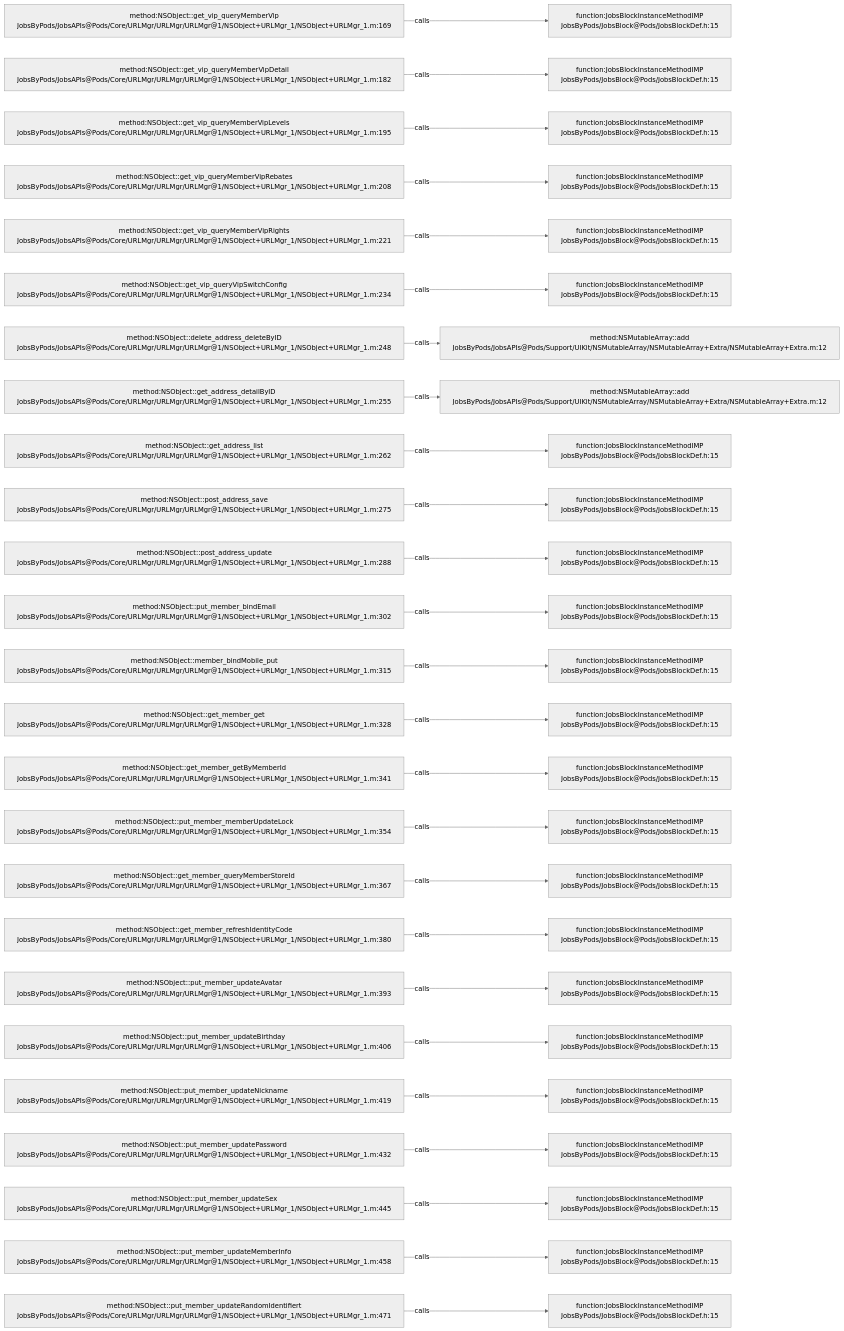
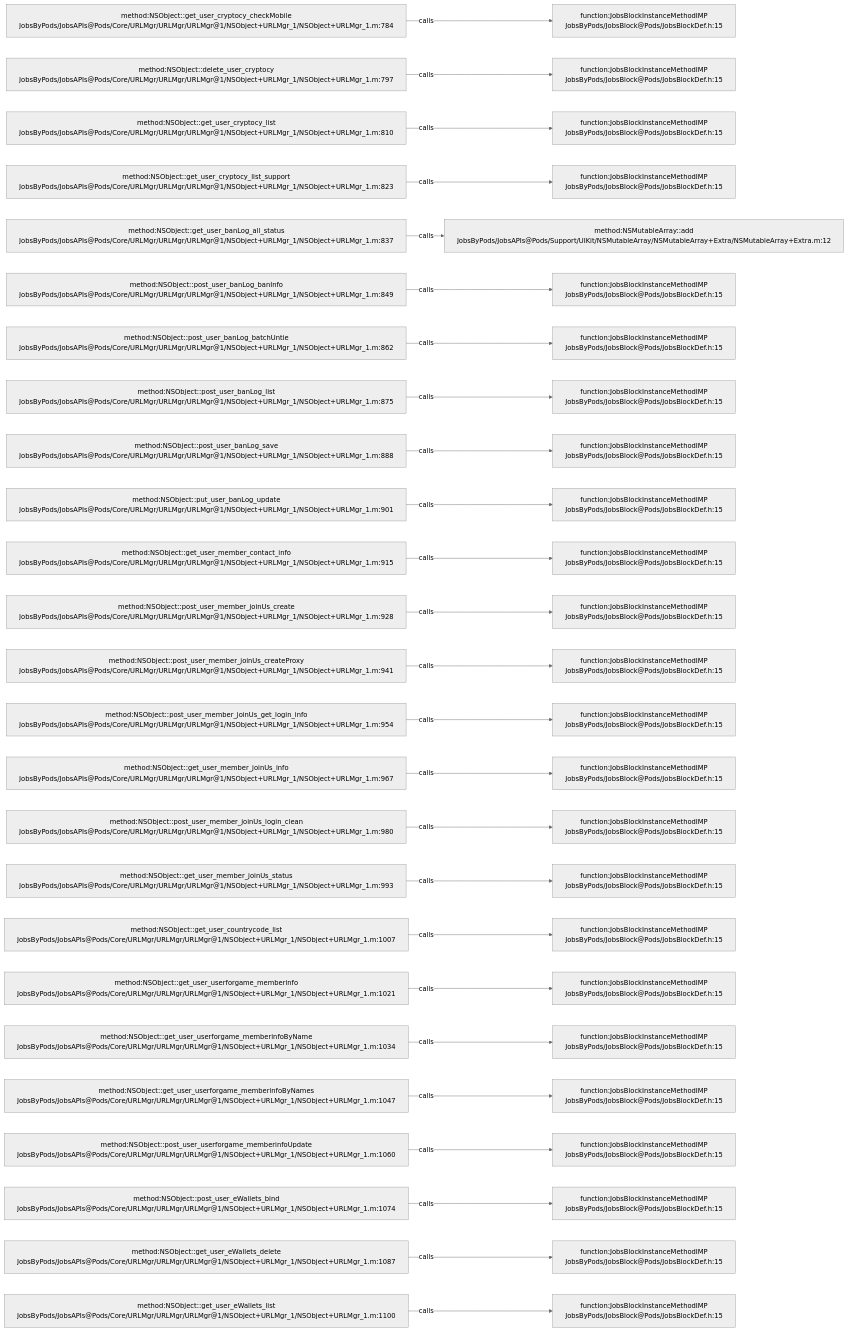
The diagram in .codegraph/codegraph.md/graphs/calls-054.md (JobsKits/JobsOCBaseConfigDemo), drawn with Mermaid (neutral theme) before and after one commit. The commit also changed 223 other files, not shown here.

````diff
--- a/.codegraph/codegraph.md/graphs/calls-054.md
+++ b/.codegraph/codegraph.md/graphs/calls-054.md
@@ -13,78 +13,78 @@
 ```mermaid
 flowchart LR
-  S1["method:NSObject::get_vip_queryMemberVip<br/>JobsByPods/JobsAPIs@Pods/Core/URLMgr/URLMgr/URLMgr@1/NSObject+URLMgr_1/NSObject+URLMgr_1.m:169"]
+  S1["method:NSObject::get_user_cryptocy_checkMobile<br/>JobsByPods/JobsAPIs@Pods/Core/URLMgr/URLMgr/URLMgr@1/NSObject+URLMgr_1/NSObject+URLMgr_1.m:784"]
   T1["function:JobsBlockInstanceMethodIMP<br/>JobsByPods/JobsBlock@Pods/JobsBlockDef.h:15"]
   S1 -->|calls| T1
-  S2["method:NSObject::get_vip_queryMemberVipDetail<br/>JobsByPods/JobsAPIs@Pods/Core/URLMgr/URLMgr/URLMgr@1/NSObject+URLMgr_1/NSObject+URLMgr_1.m:182"]
+  S2["method:NSObject::delete_user_cryptocy<br/>JobsByPods/JobsAPIs@Pods/Core/URLMgr/URLMgr/URLMgr@1/NSObject+URLMgr_1/NSObject+URLMgr_1.m:797"]
   T2["function:JobsBlockInstanceMethodIMP<br/>JobsByPods/JobsBlock@Pods/JobsBlockDef.h:15"]
   S2 -->|calls| T2
-  S3["method:NSObject::get_vip_queryMemberVipLevels<br/>JobsByPods/JobsAPIs@Pods/Core/URLMgr/URLMgr/URLMgr@1/NSObject+URLMgr_1/NSObject+URLMgr_1.m:195"]
+  S3["method:NSObject::get_user_cryptocy_list<br/>JobsByPods/JobsAPIs@Pods/Core/URLMgr/URLMgr/URLMgr@1/NSObject+URLMgr_1/NSObject+URLMgr_1.m:810"]
   T3["function:JobsBlockInstanceMethodIMP<br/>JobsByPods/JobsBlock@Pods/JobsBlockDef.h:15"]
   S3 -->|calls| T3
-  S4["method:NSObject::get_vip_queryMemberVipRebates<br/>JobsByPods/JobsAPIs@Pods/Core/URLMgr/URLMgr/URLMgr@1/NSObject+URLMgr_1/NSObject+URLMgr_1.m:208"]
+  S4["method:NSObject::get_user_cryptocy_list_support<br/>JobsByPods/JobsAPIs@Pods/Core/URLMgr/URLMgr/URLMgr@1/NSObject+URLMgr_1/NSObject+URLMgr_1.m:823"]
   T4["function:JobsBlockInstanceMethodIMP<br/>JobsByPods/JobsBlock@Pods/JobsBlockDef.h:15"]
   S4 -->|calls| T4
-  S5["method:NSObject::get_vip_queryMemberVipRights<br/>JobsByPods/JobsAPIs@Pods/Core/URLMgr/URLMgr/URLMgr@1/NSObject+URLMgr_1/NSObject+URLMgr_1.m:221"]
-  T5["function:JobsBlockInstanceMethodIMP<br/>JobsByPods/JobsBlock@Pods/JobsBlockDef.h:15"]
+  S5["method:NSObject::get_user_banLog_all_status<br/>JobsByPods/JobsAPIs@Pods/Core/URLMgr/URLMgr/URLMgr@1/NSObject+URLMgr_1/NSObject+URLMgr_1.m:837"]
+  T5["method:NSMutableArray::add<br/>JobsByPods/JobsAPIs@Pods/Support/UIKit/NSMutableArray/NSMutableArray+Extra/NSMutableArray+Extra.m:12"]
   S5 -->|calls| T5
-  S6["method:NSObject::get_vip_queryVipSwitchConfig<br/>JobsByPods/JobsAPIs@Pods/Core/URLMgr/URLMgr/URLMgr@1/NSObject+URLMgr_1/NSObject+URLMgr_1.m:234"]
+  S6["method:NSObject::post_user_banLog_banInfo<br/>JobsByPods/JobsAPIs@Pods/Core/URLMgr/URLMgr/URLMgr@1/NSObject+URLMgr_1/NSObject+URLMgr_1.m:849"]
   T6["function:JobsBlockInstanceMethodIMP<br/>JobsByPods/JobsBlock@Pods/JobsBlockDef.h:15"]
   S6 -->|calls| T6
-  S7["method:NSObject::delete_address_deleteByID<br/>JobsByPods/JobsAPIs@Pods/Core/URLMgr/URLMgr/URLMgr@1/NSObject+URLMgr_1/NSObject+URLMgr_1.m:248"]
-  T7["method:NSMutableArray::add<br/>JobsByPods/JobsAPIs@Pods/Support/UIKit/NSMutableArray/NSMutableArray+Extra/NSMutableArray+Extra.m:12"]
+  S7["method:NSObject::post_user_banLog_batchUntie<br/>JobsByPods/JobsAPIs@Pods/Core/URLMgr/URLMgr/URLMgr@1/NSObject+URLMgr_1/NSObject+URLMgr_1.m:862"]
+  T7["function:JobsBlockInstanceMethodIMP<br/>JobsByPods/JobsBlock@Pods/JobsBlockDef.h:15"]
   S7 -->|calls| T7
-  S8["method:NSObject::get_address_detailByID<br/>JobsByPods/JobsAPIs@Pods/Core/URLMgr/URLMgr/URLMgr@1/NSObject+URLMgr_1/NSObject+URLMgr_1.m:255"]
-  T8["method:NSMutableArray::add<br/>JobsByPods/JobsAPIs@Pods/Support/UIKit/NSMutableArray/NSMutableArray+Extra/NSMutableArray+Extra.m:12"]
+  S8["method:NSObject::post_user_banLog_list<br/>JobsByPods/JobsAPIs@Pods/Core/URLMgr/URLMgr/URLMgr@1/NSObject+URLMgr_1/NSObject+URLMgr_1.m:875"]
+  T8["function:JobsBlockInstanceMethodIMP<br/>JobsByPods/JobsBlock@Pods/JobsBlockDef.h:15"]
   S8 -->|calls| T8
-  S9["method:NSObject::get_address_list<br/>JobsByPods/JobsAPIs@Pods/Core/URLMgr/URLMgr/URLMgr@1/NSObject+URLMgr_1/NSObject+URLMgr_1.m:262"]
+  S9["method:NSObject::post_user_banLog_save<br/>JobsByPods/JobsAPIs@Pods/Core/URLMgr/URLMgr/URLMgr@1/NSObject+URLMgr_1/NSObject+URLMgr_1.m:888"]
   T9["function:JobsBlockInstanceMethodIMP<br/>JobsByPods/JobsBlock@Pods/JobsBlockDef.h:15"]
   S9 -->|calls| T9
-  S10["method:NSObject::post_address_save<br/>JobsByPods/JobsAPIs@Pods/Core/URLMgr/URLMgr/URLMgr@1/NSObject+URLMgr_1/NSObject+URLMgr_1.m:275"]
+  S10["method:NSObject::put_user_banLog_update<br/>JobsByPods/JobsAPIs@Pods/Core/URLMgr/URLMgr/URLMgr@1/NSObject+URLMgr_1/NSObject+URLMgr_1.m:901"]
   T10["function:JobsBlockInstanceMethodIMP<br/>JobsByPods/JobsBlock@Pods/JobsBlockDef.h:15"]
   S10 -->|calls| T10
-  S11["method:NSObject::post_address_update<br/>JobsByPods/JobsAPIs@Pods/Core/URLMgr/URLMgr/URLMgr@1/NSObject+URLMgr_1/NSObject+URLMgr_1.m:288"]
+  S11["method:NSObject::get_user_member_contact_info<br/>JobsByPods/JobsAPIs@Pods/Core/URLMgr/URLMgr/URLMgr@1/NSObject+URLMgr_1/NSObject+URLMgr_1.m:915"]
   T11["function:JobsBlockInstanceMethodIMP<br/>JobsByPods/JobsBlock@Pods/JobsBlockDef.h:15"]
   S11 -->|calls| T11
-  S12["method:NSObject::put_member_bindEmail<br/>JobsByPods/JobsAPIs@Pods/Core/URLMgr/URLMgr/URLMgr@1/NSObject+URLMgr_1/NSObject+URLMgr_1.m:302"]
+  S12["method:NSObject::post_user_member_joinUs_create<br/>JobsByPods/JobsAPIs@Pods/Core/URLMgr/URLMgr/URLMgr@1/NSObject+URLMgr_1/NSObject+URLMgr_1.m:928"]
   T12["function:JobsBlockInstanceMethodIMP<br/>JobsByPods/JobsBlock@Pods/JobsBlockDef.h:15"]
   S12 -->|calls| T12
-  S13["method:NSObject::member_bindMobile_put<br/>JobsByPods/JobsAPIs@Pods/Core/URLMgr/URLMgr/URLMgr@1/NSObject+URLMgr_1/NSObject+URLMgr_1.m:315"]
+  S13["method:NSObject::post_user_member_joinUs_createProxy<br/>JobsByPods/JobsAPIs@Pods/Core/URLMgr/URLMgr/URLMgr@1/NSObject+URLMgr_1/NSObject+URLMgr_1.m:941"]
   T13["function:JobsBlockInstanceMethodIMP<br/>JobsByPods/JobsBlock@Pods/JobsBlockDef.h:15"]
   S13 -->|calls| T13
-  S14["method:NSObject::get_member_get<br/>JobsByPods/JobsAPIs@Pods/Core/URLMgr/URLMgr/URLMgr@1/NSObject+URLMgr_1/NSObject+URLMgr_1.m:328"]
+  S14["method:NSObject::post_user_member_joinUs_get_login_info<br/>JobsByPods/JobsAPIs@Pods/Core/URLMgr/URLMgr/URLMgr@1/NSObject+URLMgr_1/NSObject+URLMgr_1.m:954"]
   T14["function:JobsBlockInstanceMethodIMP<br/>JobsByPods/JobsBlock@Pods/JobsBlockDef.h:15"]
   S14 -->|calls| T14
-  S15["method:NSObject::get_member_getByMemberId<br/>JobsByPods/JobsAPIs@Pods/Core/URLMgr/URLMgr/URLMgr@1/NSObject+URLMgr_1/NSObject+URLMgr_1.m:341"]
+  S15["method:NSObject::get_user_member_joinUs_info<br/>JobsByPods/JobsAPIs@Pods/Core/URLMgr/URLMgr/URLMgr@1/NSObject+URLMgr_1/NSObject+URLMgr_1.m:967"]
   T15["function:JobsBlockInstanceMethodIMP<br/>JobsByPods/JobsBlock@Pods/JobsBlockDef.h:15"]
   S15 -->|calls| T15
-  S16["method:NSObject::put_member_memberUpdateLock<br/>JobsByPods/JobsAPIs@Pods/Core/URLMgr/URLMgr/URLMgr@1/NSObject+URLMgr_1/NSObject+URLMgr_1.m:354"]
+  S16["method:NSObject::post_user_member_joinUs_login_clean<br/>JobsByPods/JobsAPIs@Pods/Core/URLMgr/URLMgr/URLMgr@1/NSObject+URLMgr_1/NSObject+URLMgr_1.m:980"]
   T16["function:JobsBlockInstanceMethodIMP<br/>JobsByPods/JobsBlock@Pods/JobsBlockDef.h:15"]
   S16 -->|calls| T16
-  S17["method:NSObject::get_member_queryMemberStoreId<br/>JobsByPods/JobsAPIs@Pods/Core/URLMgr/URLMgr/URLMgr@1/NSObject+URLMgr_1/NSObject+URLMgr_1.m:367"]
+  S17["method:NSObject::get_user_member_joinUs_status<br/>JobsByPods/JobsAPIs@Pods/Core/URLMgr/URLMgr/URLMgr@1/NSObject+URLMgr_1/NSObject+URLMgr_1.m:993"]
   T17["function:JobsBlockInstanceMethodIMP<br/>JobsByPods/JobsBlock@Pods/JobsBlockDef.h:15"]
   S17 -->|calls| T17
-  S18["method:NSObject::get_member_refreshIdentityCode<br/>JobsByPods/JobsAPIs@Pods/Core/URLMgr/URLMgr/URLMgr@1/NSObject+URLMgr_1/NSObject+URLMgr_1.m:380"]
+  S18["method:NSObject::get_user_countrycode_list<br/>JobsByPods/JobsAPIs@Pods/Core/URLMgr/URLMgr/URLMgr@1/NSObject+URLMgr_1/NSObject+URLMgr_1.m:1007"]
   T18["function:JobsBlockInstanceMethodIMP<br/>JobsByPods/JobsBlock@Pods/JobsBlockDef.h:15"]
   S18 -->|calls| T18
-  S19["method:NSObject::put_member_updateAvatar<br/>JobsByPods/JobsAPIs@Pods/Core/URLMgr/URLMgr/URLMgr@1/NSObject+URLMgr_1/NSObject+URLMgr_1.m:393"]
+  S19["method:NSObject::get_user_userforgame_memberinfo<br/>JobsByPods/JobsAPIs@Pods/Core/URLMgr/URLMgr/URLMgr@1/NSObject+URLMgr_1/NSObject+URLMgr_1.m:1021"]
   T19["function:JobsBlockInstanceMethodIMP<br/>JobsByPods/JobsBlock@Pods/JobsBlockDef.h:15"]
   S19 -->|calls| T19
-  S20["method:NSObject::put_member_updateBirthday<br/>JobsByPods/JobsAPIs@Pods/Core/URLMgr/URLMgr/URLMgr@1/NSObject+URLMgr_1/NSObject+URLMgr_1.m:406"]
+  S20["method:NSObject::get_user_userforgame_memberinfoByName<br/>JobsByPods/JobsAPIs@Pods/Core/URLMgr/URLMgr/URLMgr@1/NSObject+URLMgr_1/NSObject+URLMgr_1.m:1034"]
   T20["function:JobsBlockInstanceMethodIMP<br/>JobsByPods/JobsBlock@Pods/JobsBlockDef.h:15"]
   S20 -->|calls| T20
-  S21["method:NSObject::put_member_updateNickname<br/>JobsByPods/JobsAPIs@Pods/Core/URLMgr/URLMgr/URLMgr@1/NSObject+URLMgr_1/NSObject+URLMgr_1.m:419"]
+  S21["method:NSObject::get_user_userforgame_memberinfoByNames<br/>JobsByPods/JobsAPIs@Pods/Core/URLMgr/URLMgr/URLMgr@1/NSObject+URLMgr_1/NSObject+URLMgr_1.m:1047"]
   T21["function:JobsBlockInstanceMethodIMP<br/>JobsByPods/JobsBlock@Pods/JobsBlockDef.h:15"]
   S21 -->|calls| T21
-  S22["method:NSObject::put_member_updatePassword<br/>JobsByPods/JobsAPIs@Pods/Core/URLMgr/URLMgr/URLMgr@1/NSObject+URLMgr_1/NSObject+URLMgr_1.m:432"]
+  S22["method:NSObject::post_user_userforgame_memberinfoUpdate<br/>JobsByPods/JobsAPIs@Pods/Core/URLMgr/URLMgr/URLMgr@1/NSObject+URLMgr_1/NSObject+URLMgr_1.m:1060"]
   T22["function:JobsBlockInstanceMethodIMP<br/>JobsByPods/JobsBlock@Pods/JobsBlockDef.h:15"]
   S22 -->|calls| T22
-  S23["method:NSObject::put_member_updateSex<br/>JobsByPods/JobsAPIs@Pods/Core/URLMgr/URLMgr/URLMgr@1/NSObject+URLMgr_1/NSObject+URLMgr_1.m:445"]
+  S23["method:NSObject::post_user_eWallets_bind<br/>JobsByPods/JobsAPIs@Pods/Core/URLMgr/URLMgr/URLMgr@1/NSObject+URLMgr_1/NSObject+URLMgr_1.m:1074"]
   T23["function:JobsBlockInstanceMethodIMP<br/>JobsByPods/JobsBlock@Pods/JobsBlockDef.h:15"]
   S23 -->|calls| T23
-  S24["method:NSObject::put_member_updateMemberInfo<br/>JobsByPods/JobsAPIs@Pods/Core/URLMgr/URLMgr/URLMgr@1/NSObject+URLMgr_1/NSObject+URLMgr_1.m:458"]
+  S24["method:NSObject::get_user_eWallets_delete<br/>JobsByPods/JobsAPIs@Pods/Core/URLMgr/URLMgr/URLMgr@1/NSObject+URLMgr_1/NSObject+URLMgr_1.m:1087"]
   T24["function:JobsBlockInstanceMethodIMP<br/>JobsByPods/JobsBlock@Pods/JobsBlockDef.h:15"]
   S24 -->|calls| T24
-  S25["method:NSObject::put_member_updateRandomIdentifiert<br/>JobsByPods/JobsAPIs@Pods/Core/URLMgr/URLMgr/URLMgr@1/NSObject+URLMgr_1/NSObject+URLMgr_1.m:471"]
+  S25["method:NSObject::get_user_eWallets_list<br/>JobsByPods/JobsAPIs@Pods/Core/URLMgr/URLMgr/URLMgr@1/NSObject+URLMgr_1/NSObject+URLMgr_1.m:1100"]
   T25["function:JobsBlockInstanceMethodIMP<br/>JobsByPods/JobsBlock@Pods/JobsBlockDef.h:15"]
   S25 -->|calls| T25
 ```
````
